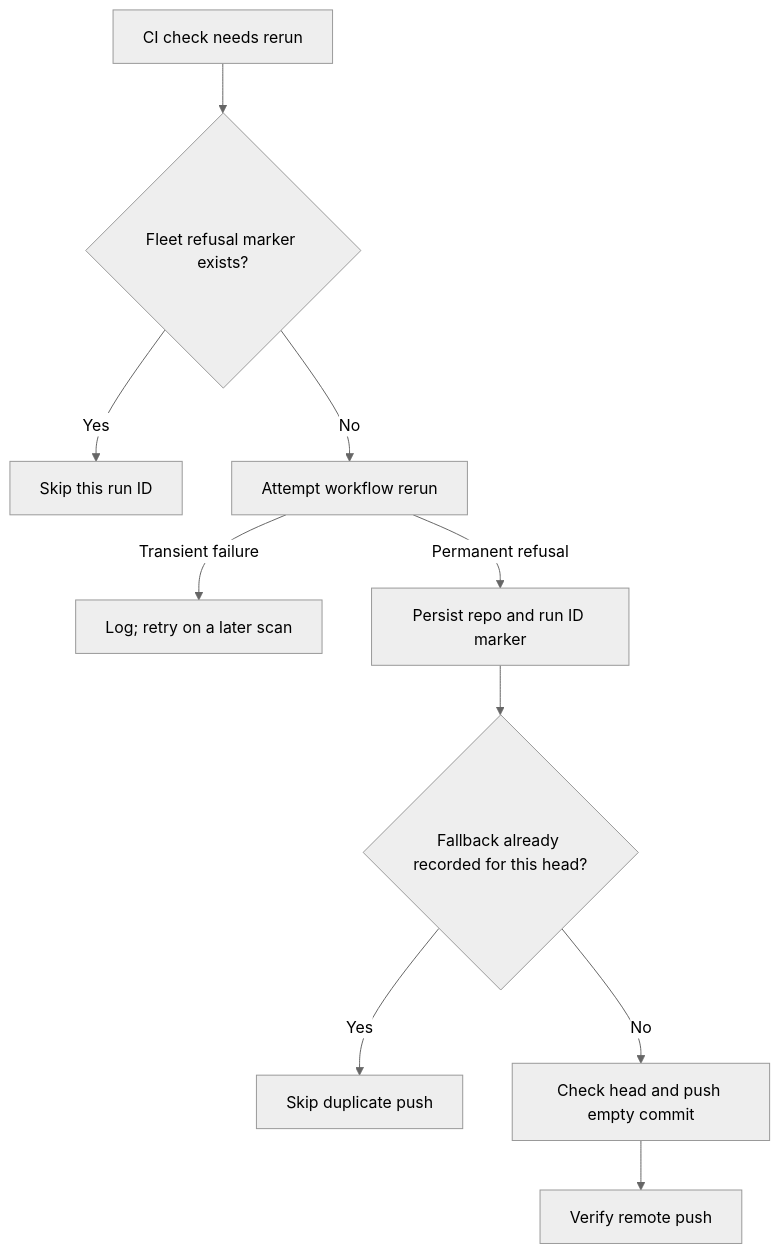
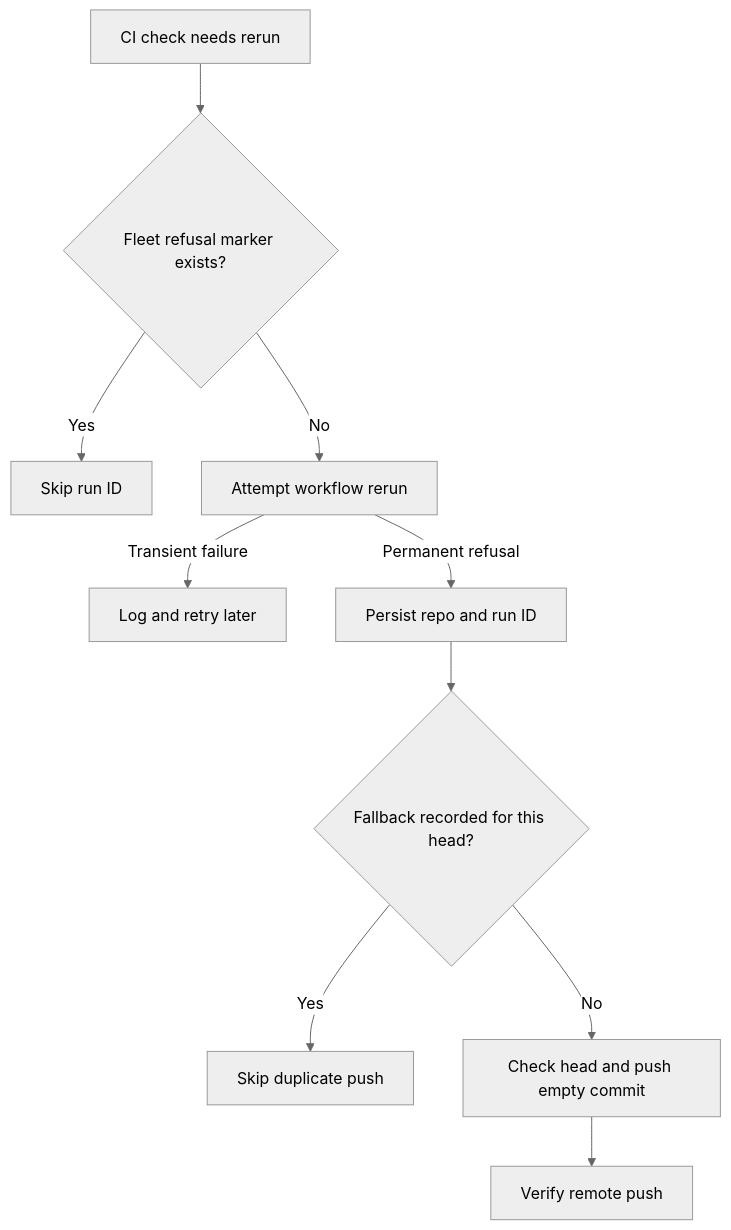
One commit to stSoftwareAU/VibeCoder changed the diagram in docs/archive/pr-summaries/pr-summary-4497.md. Above: the diagram before and after it, drawn with Mermaid (neutral theme). The commit also changed other lines of this file, not shown here.

````diff
--- a/docs/archive/pr-summaries/pr-summary-4497.md
+++ b/docs/archive/pr-summaries/pr-summary-4497.md
@@ -29,12 +30,12 @@
 ```mermaid
 flowchart TD
     A[CI check needs rerun] --> B{Fleet refusal marker exists?}
-    B -->|Yes| C[Skip this run ID]
+    B -->|Yes| C[Skip run ID]
     B -->|No| D[Attempt workflow rerun]
-    D -->|Transient failure| E[Log; retry on a later scan]
-    D -->|Permanent refusal| F[Persist repo and run ID marker]
-    F --> G{Fallback already recorded for this head?}
+    D -->|Transient failure| E[Log and retry later]
+    D -->|Permanent refusal| F[Persist repo and run ID]
+    F --> G{Fallback recorded for this head?}
     G -->|Yes| H[Skip duplicate push]
     G -->|No| I[Check head and push empty commit]
     I --> J[Verify remote push]
 ```
````
